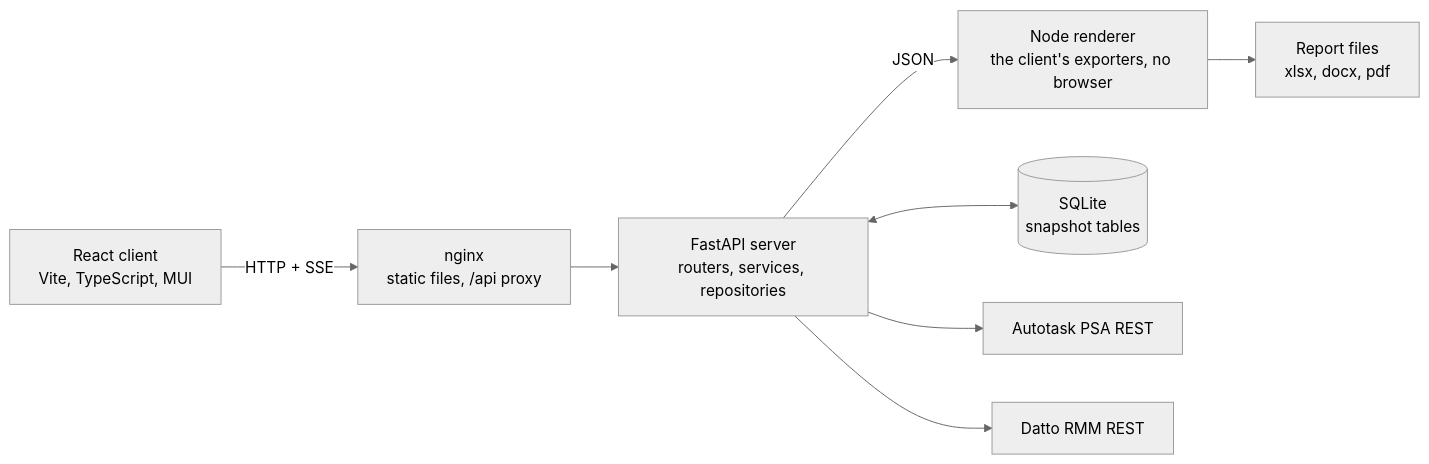
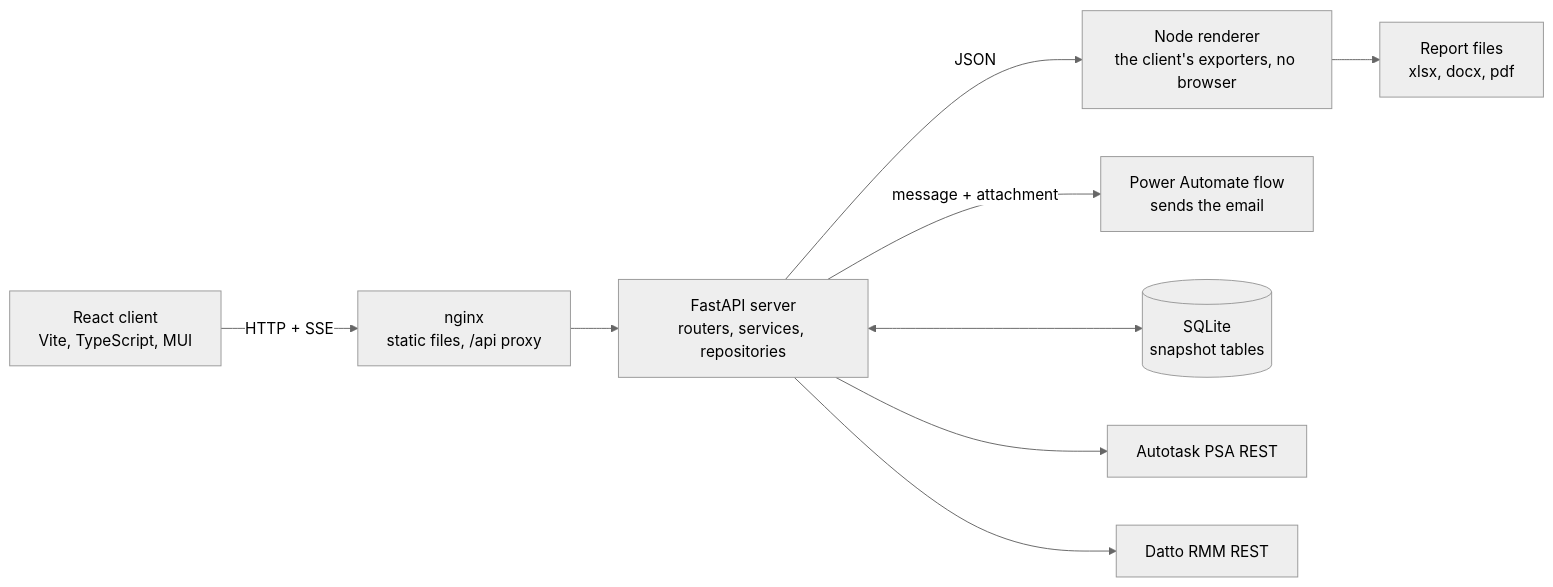
The diagram in README.md (B-Howell/Autotask-Datto-Reporting), drawn with Mermaid (neutral theme) before and after one commit. The commit also changed other lines of this file and 14 other files, not shown here.

````diff
--- a/README.md
+++ b/README.md
@@ -57,16 +61,18 @@
 ```mermaid
 flowchart LR
     Browser["React client<br/>Vite, TypeScript, MUI"]
     Nginx["nginx<br/>static files, /api proxy"]
     API["FastAPI server<br/>routers, services, repositories"]
     Renderer["Node renderer<br/>the client's exporters, no browser"]
     Files["Report files<br/>xlsx, docx, pdf"]
+    Flow["Power Automate flow<br/>sends the email"]
     DB[("SQLite<br/>snapshot tables")]
     AT["Autotask PSA REST"]
     DT["Datto RMM REST"]
     Browser -- "HTTP + SSE" --> Nginx --> API
     API -- "JSON" --> Renderer --> Files
+    API -- "message + attachment" --> Flow
     API <--> DB
     API --> AT
     API --> DT
 ```
````
